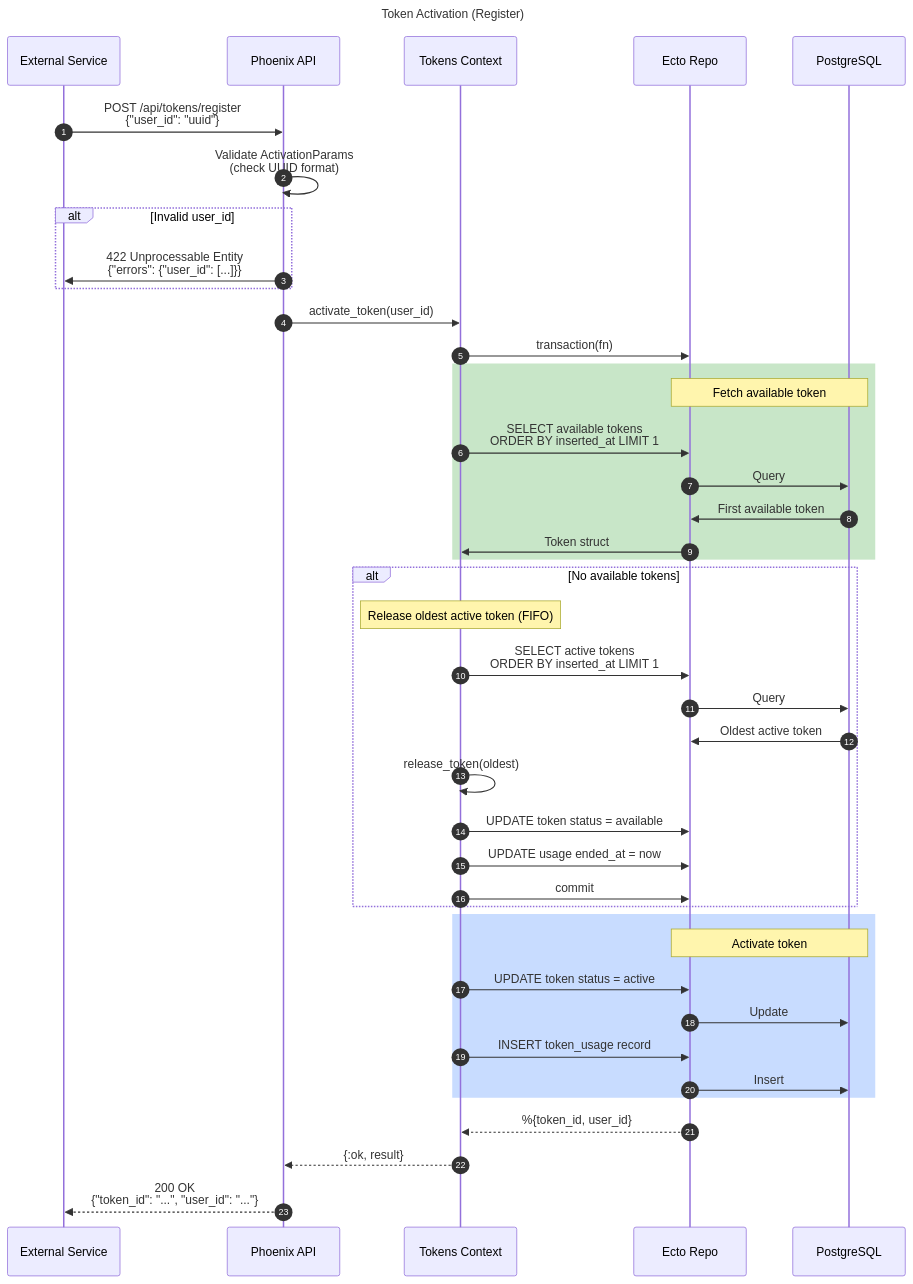
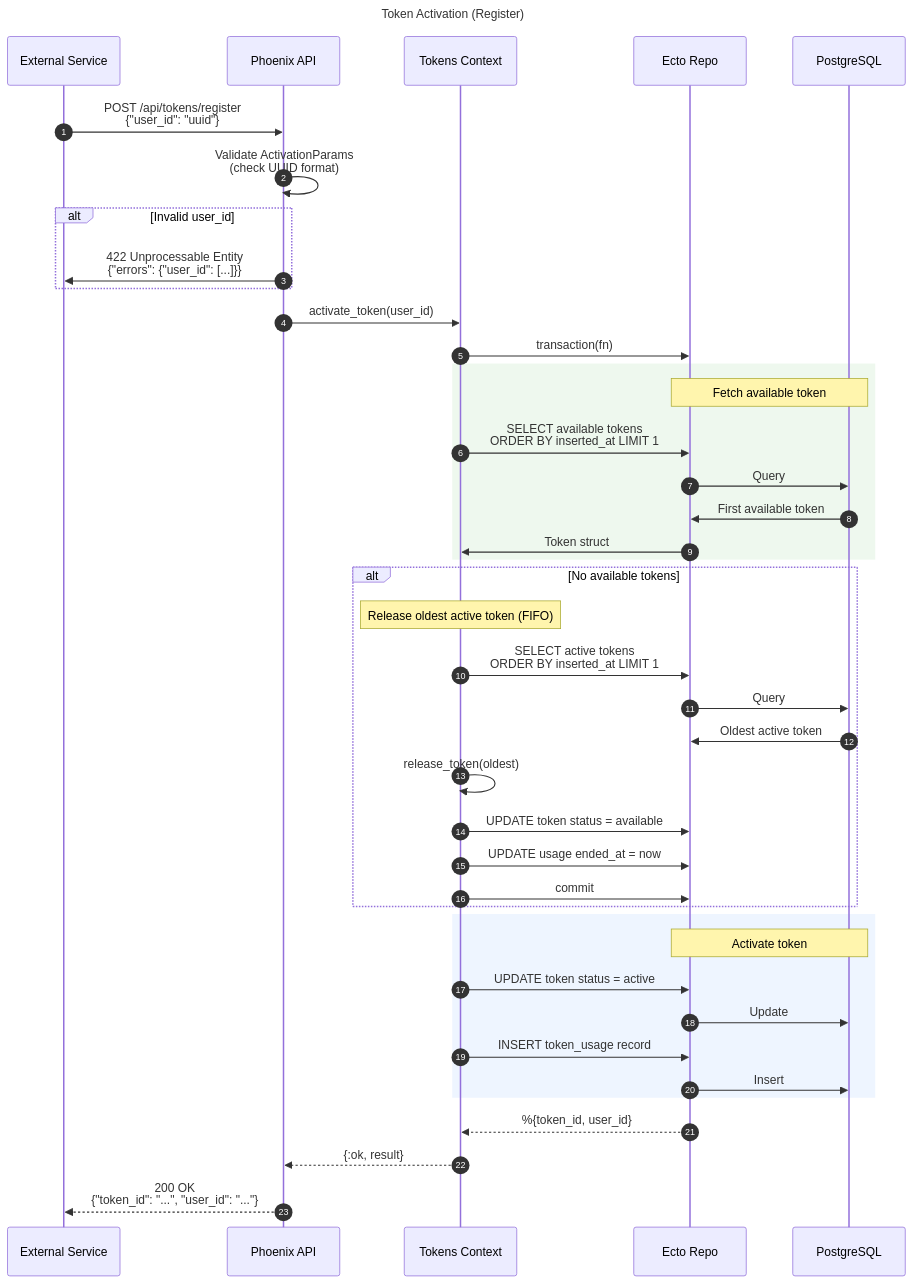
Before and after one commit to helderbarboza/token_guard: the first of 6 diagrams in README.md, drawn with Mermaid.

Commit message:
docs: adjust mermaid rendering

````diff
--- a/README.md
+++ b/README.md
@@ -86,53 +86,53 @@
 ```mermaid
 sequenceDiagram
     title Token Activation (Register)
     autonumber
     participant Client as External Service
     participant API as Phoenix API
     participant Tokens as Tokens Context
     participant Repo as Ecto Repo
     participant DB as PostgreSQL
 
     Client->>API: POST /api/tokens/register<br/>{"user_id": "uuid"}
     
     API->>API: Validate ActivationParams<br/>(check UUID format)
     
     alt Invalid user_id
         API->>Client: 422 Unprocessable Entity<br/>{"errors": {"user_id": [...]}}
     end
     
     API->>Tokens: activate_token(user_id)
     
     Tokens->>Repo: transaction(fn)
     
-    rect rgb(200, 230, 200)
+    rect rgba(200, 230, 200, 0.3)
         Note over Repo,DB: Fetch available token
         Tokens->>Repo: SELECT available tokens<br/>ORDER BY inserted_at LIMIT 1
         Repo->>DB: Query
         DB->>Repo: First available token
         Repo->>Tokens: Token struct
     end
     
     alt No available tokens
         Note over Tokens: Release oldest active token (FIFO)
         Tokens->>Repo: SELECT active tokens<br/>ORDER BY inserted_at LIMIT 1
         Repo->>DB: Query
         DB->>Repo: Oldest active token
         Tokens->>Tokens: release_token(oldest)
         Tokens->>Repo: UPDATE token status = available
         Tokens->>Repo: UPDATE usage ended_at = now
         Tokens->>Repo: commit
     end
     
-    rect rgb(200, 220, 255)
+    rect rgba(200, 220, 255, 0.3)
         Note over Repo,DB: Activate token
         Tokens->>Repo: UPDATE token status = active
         Repo->>DB: Update
         Tokens->>Repo: INSERT token_usage record
         Repo->>DB: Insert
     end
     
     Repo-->>Tokens: %{token_id, user_id}
     Tokens-->>API: {:ok, result}
     API-->>Client: 200 OK<br/>{"token_id": "...", "user_id": "..."}
 ```
````
